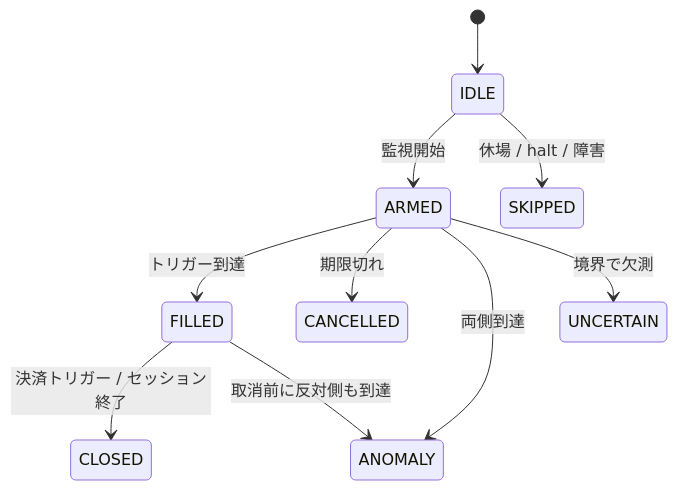
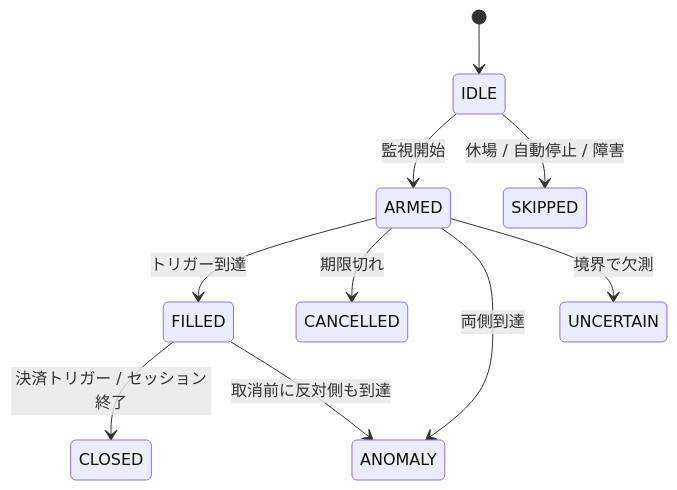
One commit to ozapon-IT/my-zenn changed the second of 2 diagrams in articles/gmo-fx-virtual-broker.md. Above: the diagram before and after it, drawn with Mermaid. The commit also changed other lines of this file, not shown here.

````diff
--- a/articles/gmo-fx-virtual-broker.md
+++ b/articles/gmo-fx-virtual-broker.md
@@ -70,12 +70,12 @@
 ```mermaid
 stateDiagram-v2
     [*] --> IDLE
     IDLE --> ARMED: 監視開始
-    IDLE --> SKIPPED: 休場 / halt / 障害
+    IDLE --> SKIPPED: 休場 / 自動停止 / 障害
     ARMED --> FILLED: トリガー到達
     ARMED --> CANCELLED: 期限切れ
     ARMED --> ANOMALY: 両側到達
     ARMED --> UNCERTAIN: 境界で欠測
     FILLED --> CLOSED: 決済トリガー / セッション終了
     FILLED --> ANOMALY: 取消前に反対側も到達
 ```
````
